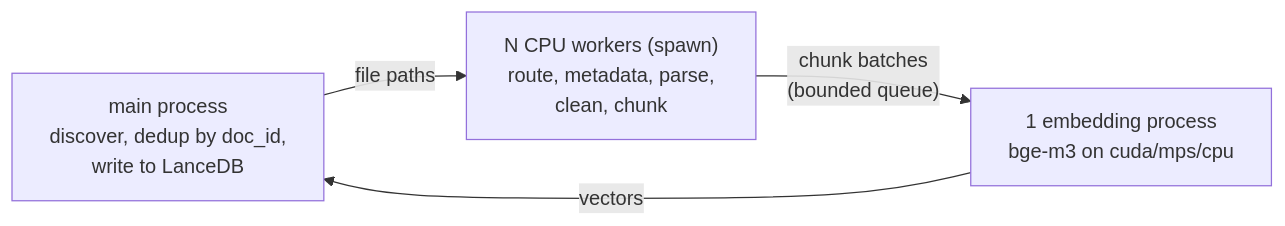
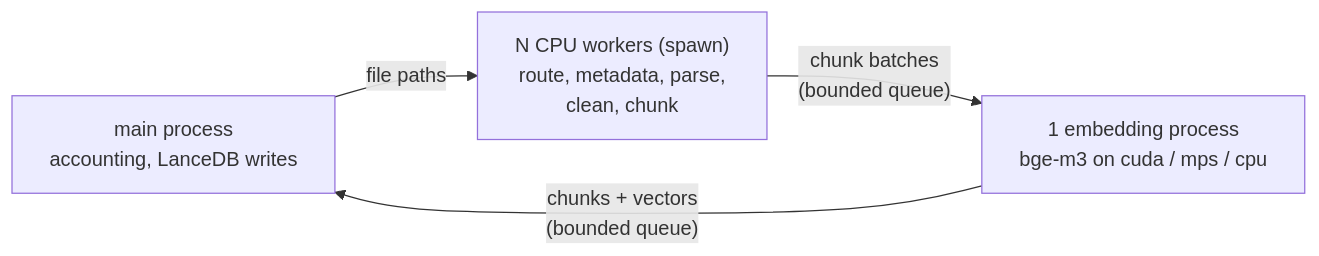
One commit to ArnavThapliyal/rag-processor changed the diagram in Doc/current/04_processing_stages.md. Above: the diagram before and after it, drawn with Mermaid. The commit also changed other lines of this file and 10 other files, not shown here.

````diff
--- a/Doc/current/04_processing_stages.md
+++ b/Doc/current/04_processing_stages.md
@@ -87,6 +5,6 @@
 ```mermaid
 flowchart LR
-    main["main process<br/>discover, dedup by doc_id,<br/>write to LanceDB"] -->|file paths| pool["N CPU workers (spawn)<br/>route, metadata, parse,<br/>clean, chunk"]
-    pool -->|"chunk batches<br/>(bounded queue)"| emb["1 embedding process<br/>bge-m3 on cuda/mps/cpu"]
-    emb -->|vectors| main
+    main["main process<br/>accounting, LanceDB writes"] -->|file paths| pool["N CPU workers (spawn)<br/>route, metadata, parse,<br/>clean, chunk"]
+    pool -->|"chunk batches<br/>(bounded queue)"| emb["1 embedding process<br/>bge-m3 on cuda / mps / cpu"]
+    emb -->|"chunks + vectors<br/>(bounded queue)"| main
 ```
````
